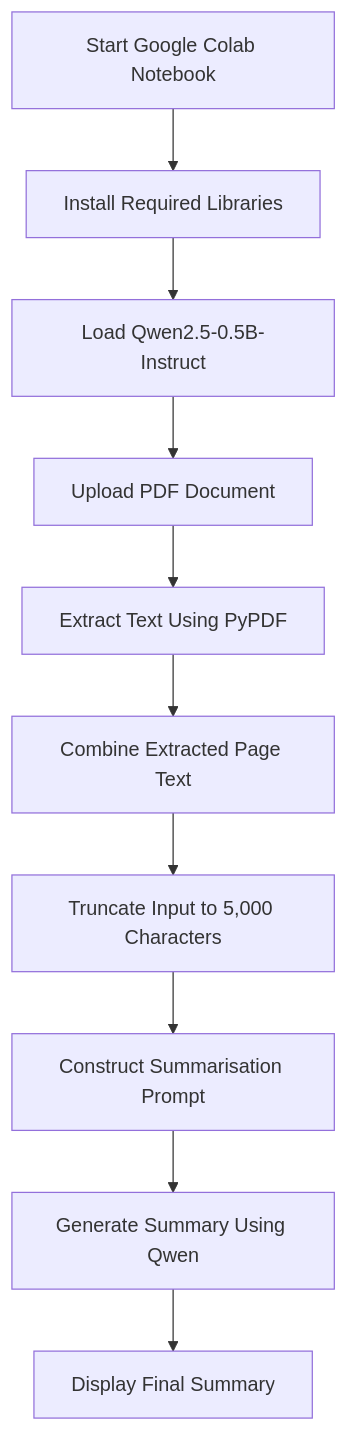
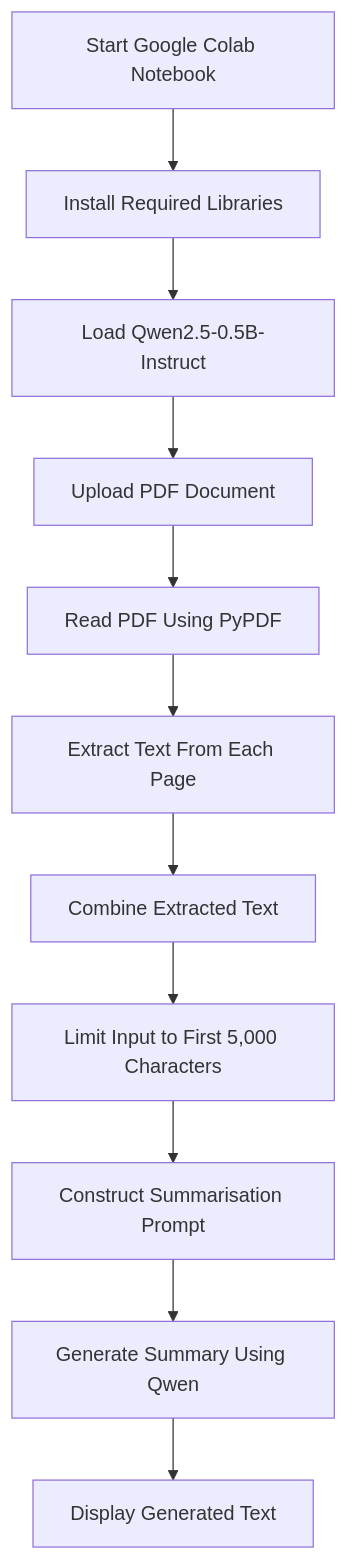
One commit to daremfolarin-cell/nlp-pdf-summariser changed the diagram in README.md. Above: the diagram before and after it, drawn with Mermaid. The commit also changed other lines of this file, not shown here.

````diff
--- a/README.md
+++ b/README.md
@@ -42,23 +41,17 @@
 ```mermaid
 flowchart TD
-    A[Start Google Colab Notebook]
-    B[Install Required Libraries]
-    C[Load Qwen2.5-0.5B-Instruct]
-    D[Upload PDF Document]
-    E[Extract Text Using PyPDF]
-    F[Combine Extracted Page Text]
-    G[Truncate Input to 5,000 Characters]
-    H[Construct Summarisation Prompt]
-    I[Generate Summary Using Qwen]
-    J[Display Final Summary]
+    A["Start Google Colab Notebook"]
+    B["Install Required Libraries"]
+    C["Load Qwen2.5-0.5B-Instruct"]
+    D["Upload PDF Document"]
+    E["Read PDF Using PyPDF"]
+    F["Extract Text From Each Page"]
+    G["Combine Extracted Text"]
+    H["Limit Input to First 5,000 Characters"]
+    I["Construct Summarisation Prompt"]
+    J["Generate Summary Using Qwen"]
+    K["Display Generated Text"]
 
-    A --> B
-    B --> C
-    C --> D
-    D --> E
-    E --> F
-    F --> G
-    G --> H
-    H --> I
-    I --> J
+    A --> B --> C --> D --> E
+    E --> F --> G --> H --> I --> J --> K
 ```
````
